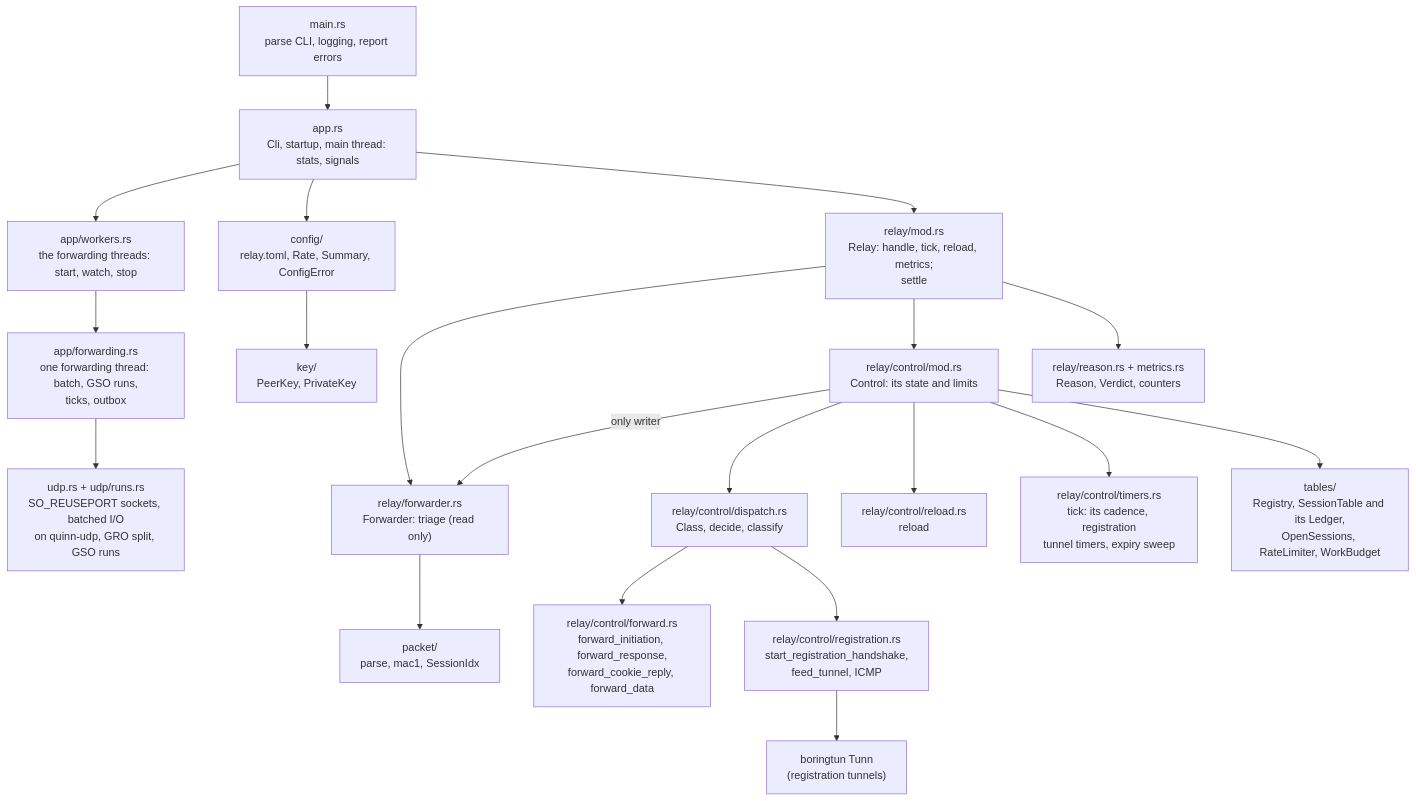
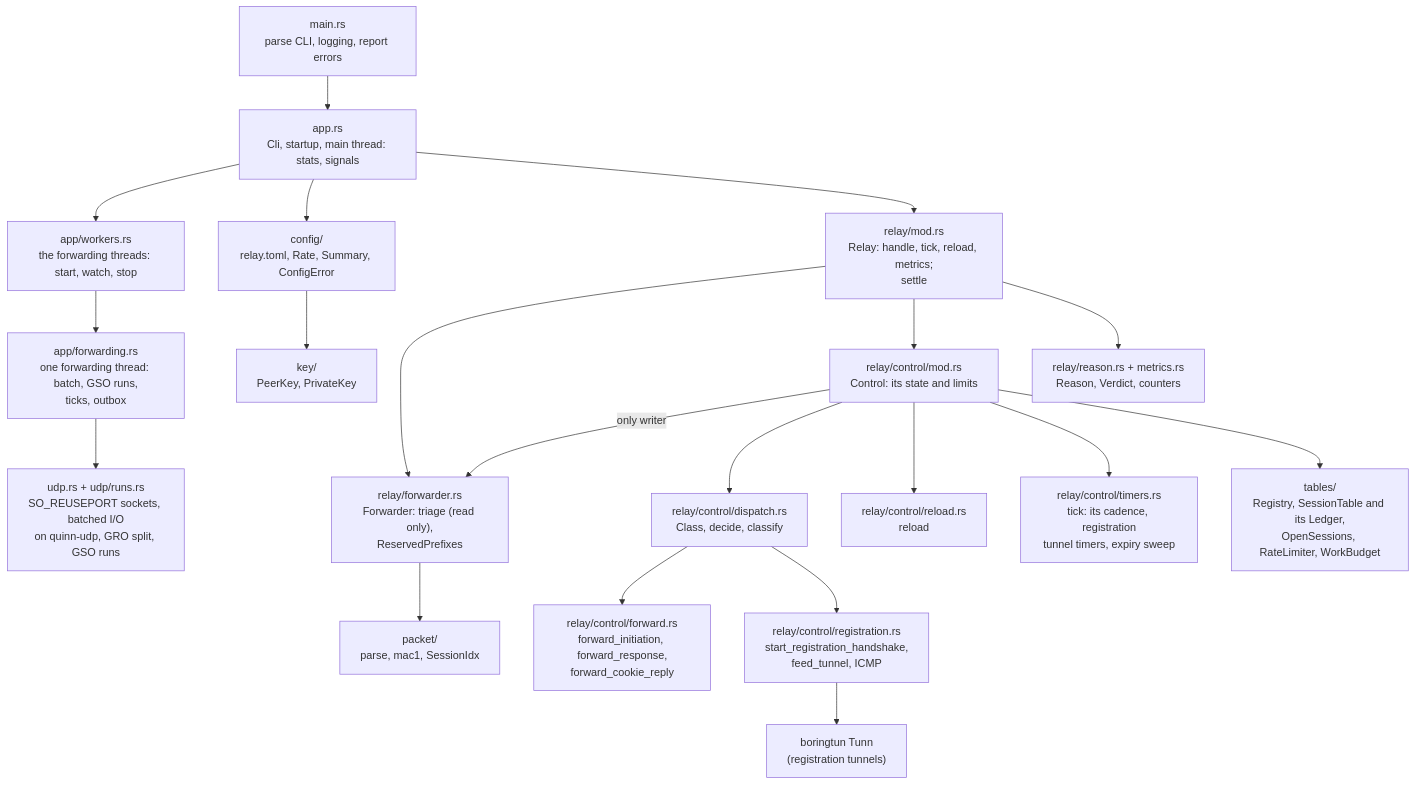
Before and after one commit to 3alpha/wg-relay: diagram 22 of 23 in docs/how-it-works.md, drawn with Mermaid. The commit also changed other lines of this file and 10 other files, not shown here.

First line of the commit message:
fix(relay): drop junk transport data without taking the control lock

````diff
--- a/docs/how-it-works.md
+++ b/docs/how-it-works.md
@@ -750,22 +751,22 @@
 ```mermaid
 flowchart TD
     main["main.rs<br/>parse CLI, logging, report errors"] --> app["app.rs<br/>Cli, startup, main thread: stats, signals"]
     app --> wrk["app/workers.rs<br/>the forwarding threads: start, watch, stop"]
     wrk --> loop["app/forwarding.rs<br/>one forwarding thread: batch, GSO runs,<br/>ticks, outbox"]
     loop --> udp["udp.rs + udp/runs.rs<br/>SO_REUSEPORT sockets, batched I/O<br/>on quinn-udp, GRO split, GSO runs"]
     app --> cfg["config/<br/>relay.toml, Rate, Summary, ConfigError"]
     app --> relay["relay/mod.rs<br/>Relay: handle, tick, reload, metrics;<br/>settle"]
-    relay --> fwdr["relay/forwarder.rs<br/>Forwarder: triage (read only)"]
+    relay --> fwdr["relay/forwarder.rs<br/>Forwarder: triage (read only),<br/>ReservedPrefixes"]
     relay --> ctl["relay/control/mod.rs<br/>Control: its state and limits"]
     ctl -- "only writer" --> fwdr
     ctl --> dsp["relay/control/dispatch.rs<br/>Class, decide, classify"]
-    dsp --> fwd["relay/control/forward.rs<br/>forward_initiation, forward_response,<br/>forward_cookie_reply, forward_data"]
+    dsp --> fwd["relay/control/forward.rs<br/>forward_initiation, forward_response,<br/>forward_cookie_reply"]
     dsp --> regm["relay/control/registration.rs<br/>start_registration_handshake,<br/>feed_tunnel, ICMP"]
     ctl --> rel["relay/control/reload.rs<br/>reload"]
     ctl --> tmr["relay/control/timers.rs<br/>tick: its cadence, registration<br/>tunnel timers, expiry sweep"]
     relay --> rsn["relay/reason.rs + metrics.rs<br/>Reason, Verdict, counters"]
     ctl --> tbl["tables/<br/>Registry, SessionTable and its Ledger,<br/>OpenSessions, RateLimiter, WorkBudget"]
     fwdr --> pkt["packet/<br/>parse, mac1, SessionIdx"]
     regm --> bt["boringtun Tunn<br/>(registration tunnels)"]
     cfg --> key["key/<br/>PeerKey, PrivateKey"]
 ```
````
